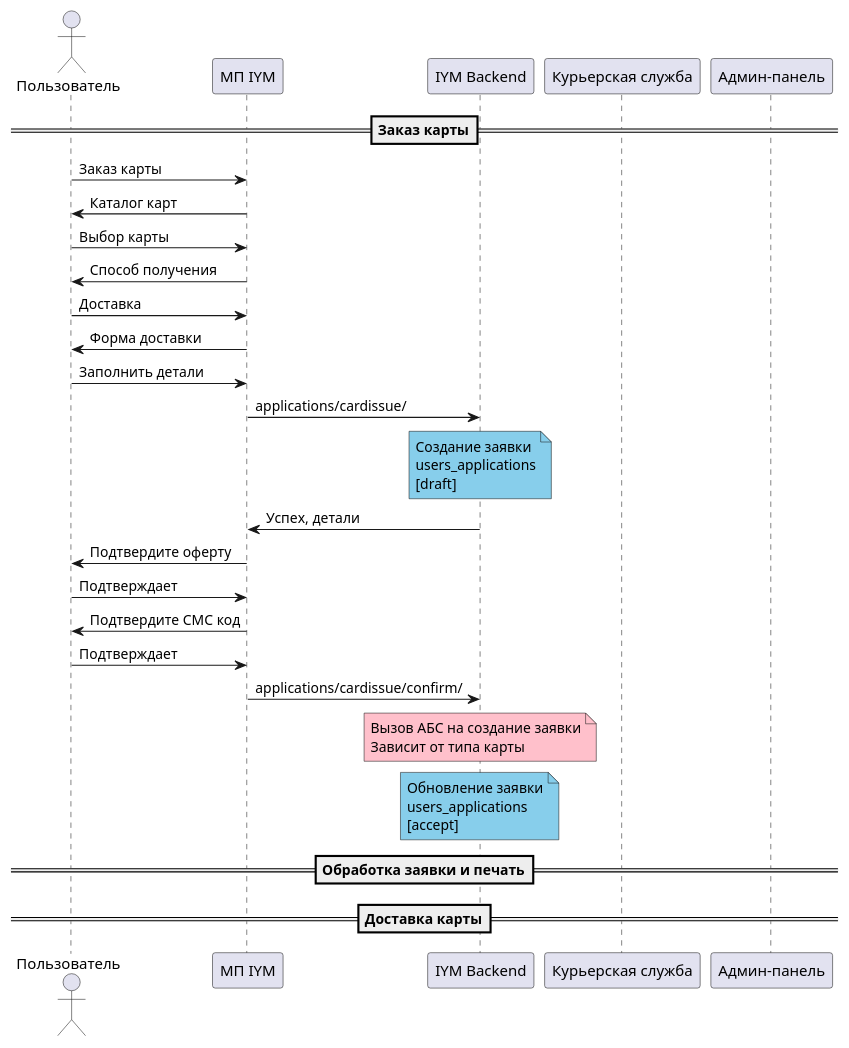
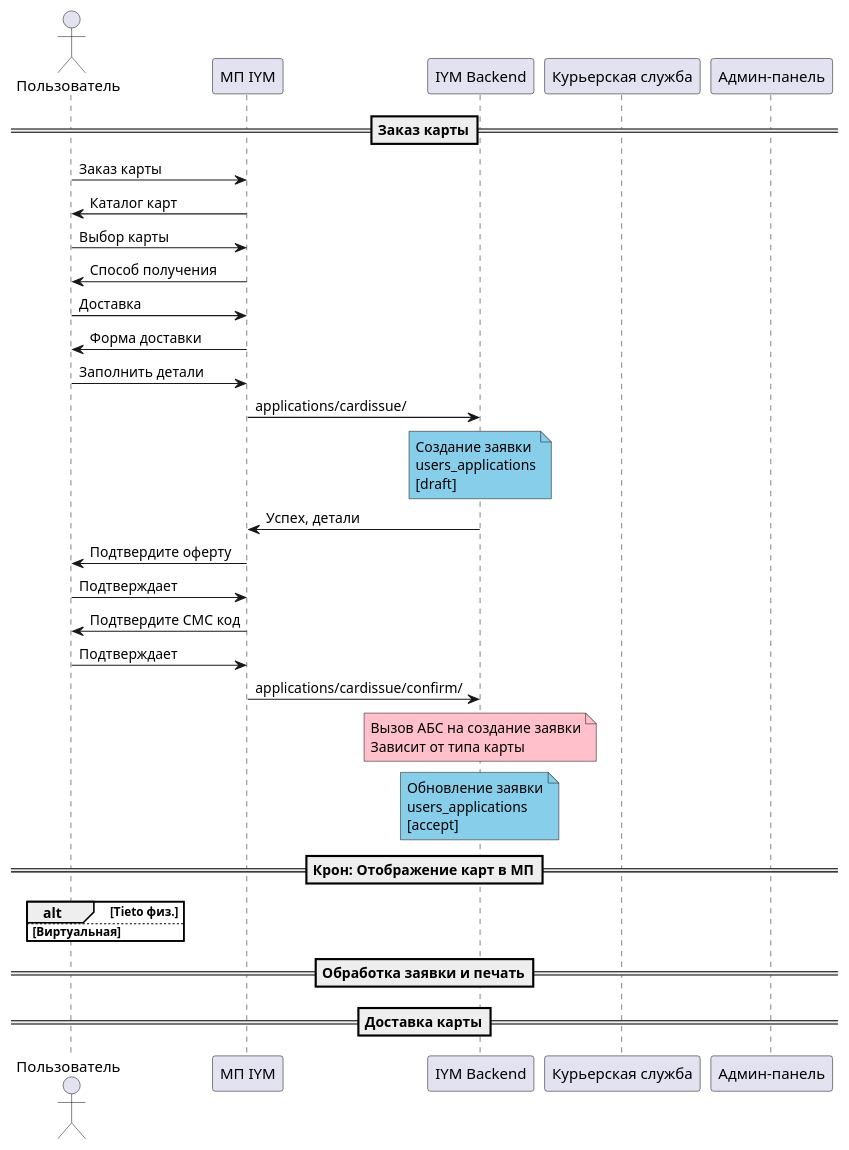
The diagram in card-issue-process/as-is.puml (xshadiyarov/johnmyson), drawn with PlantUML before and after one commit. The commit also changed 1 other file, not shown here.

```diff
--- a/card-issue-process/as-is.puml
+++ b/card-issue-process/as-is.puml
@@ -1,46 +1,52 @@
 @startuml Заказ карты с доставкой
 actor "Пользователь" as User
 participant "МП IYM" as App
 participant "IYM Backend" as BE
 participant "Курьерская служба" as Delivery
 participant "Админ-панель" as AP
 
 ==Заказ карты==
 User -> App : Заказ карты
 User <- App : Каталог карт
 User -> App : Выбор карты
 User <- App : Способ получения
 User -> App : Доставка
 User <- App : Форма доставки
 User -> App : Заполнить детали
 App -> BE : applications/cardissue/
 note over BE #SkyBlue
     Создание заявки
     users_applications
     [draft]
 end note
 App <- BE : Успех, детали
 User <- App : Подтвердите оферту
 User -> App : Подтверждает
 User <- App : Подтвердите СМС код
 User -> App : Подтверждает
 App -> BE : applications/cardissue/confirm/
 note over BE #Pink
     Вызов АБС на создание заявки
     Зависит от типа карты
 end note
 note over BE #SkyBlue
     Обновление заявки
     users_applications
     [accept]
 end note
 ' Подтягивание карты в МП
+==Крон: Отображение карт в МП==
+alt Tieto физ.
+    ' Взять все заявки по visa_issue
+    ' 
+else Виртуальная
+end
 ==Обработка заявки и печать==
 ' Отправка на печать
 ' Установка ПИН
 ==Доставка карты==
 ' Выгрузка реестра
 ' Передача курьеру реестра и карт
 ' Доставка пользователю
 
 @enduml
```
